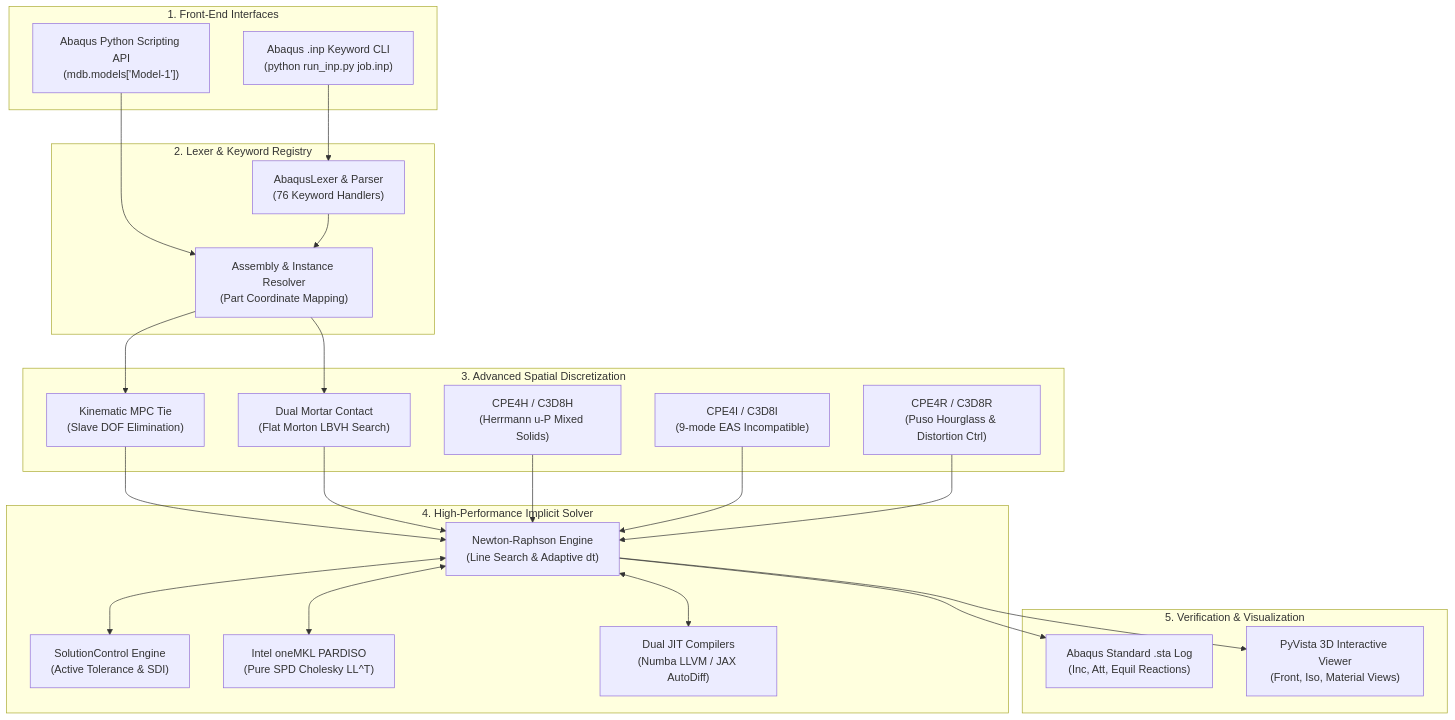
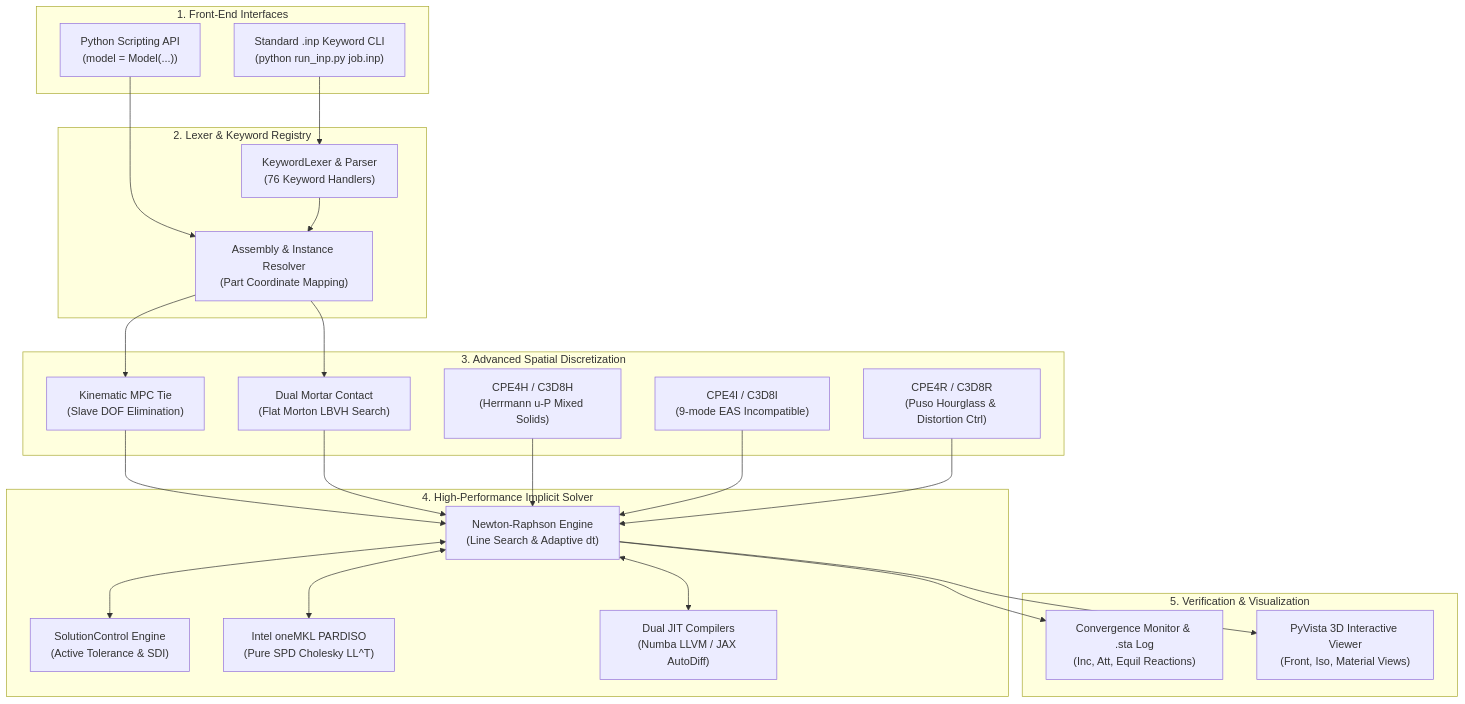
Before and after one commit to WonhoLee1/WHT_DispFoldSolver: the diagram in README.md, drawn with Mermaid. The commit also changed other lines of this file, not shown here.

Commit message:
docs: remove Abaqus terminology from README.md and neutralize into standard FEA terminology

````diff
--- a/README.md
+++ b/README.md
@@ -127,48 +127,48 @@
 ```mermaid
 flowchart TD
     subgraph UI ["1. Front-End Interfaces"]
-        API["Abaqus Python Scripting API\n(mdb.models['Model-1'])"]
-        CLI["Abaqus .inp Keyword CLI\n(python run_inp.py job.inp)"]
+        API["Python Scripting API\n(model = Model(...))"]
+        CLI["Standard .inp Keyword CLI\n(python run_inp.py job.inp)"]
     end
 
     subgraph Parser ["2. Lexer & Keyword Registry"]
-        LEX["AbaqusLexer & Parser\n(76 Keyword Handlers)"]
+        LEX["KeywordLexer & Parser\n(76 Keyword Handlers)"]
         ASM["Assembly & Instance Resolver\n(Part Coordinate Mapping)"]
     end
 
     subgraph Discretization ["3. Advanced Spatial Discretization"]
         E_UP["CPE4H / C3D8H\n(Herrmann u-P Mixed Solids)"]
         E_EAS["CPE4I / C3D8I\n(9-mode EAS Incompatible)"]
         E_RD["CPE4R / C3D8R\n(Puso Hourglass & Distortion Ctrl)"]
         TIE_MPC["Kinematic MPC Tie\n(Slave DOF Elimination)"]
         CTC_LBVH["Dual Mortar Contact\n(Flat Morton LBVH Search)"]
     end
 
     subgraph Solver ["4. High-Performance Implicit Solver"]
         NR["Newton-Raphson Engine\n(Line Search & Adaptive dt)"]
         CTRL["SolutionControl Engine\n(Active Tolerance & SDI)"]
         MKL["Intel oneMKL PARDISO\n(Pure SPD Cholesky LL^T)"]
         JIT["Dual JIT Compilers\n(Numba LLVM / JAX AutoDiff)"]
     end
 
     subgraph Post ["5. Verification & Visualization"]
-        STA["Abaqus Standard .sta Log\n(Inc, Att, Equil Reactions)"]
+        STA["Convergence Monitor & .sta Log\n(Inc, Att, Equil Reactions)"]
         PV["PyVista 3D Interactive Viewer\n(Front, Iso, Material Views)"]
     end
 
     API --> ASM
     CLI --> LEX
     LEX --> ASM
     ASM --> TIE_MPC
     ASM --> CTC_LBVH
     TIE_MPC --> NR
     CTC_LBVH --> NR
     E_UP --> NR
     E_EAS --> NR
     E_RD --> NR
     NR <--> CTRL
     NR <--> MKL
     NR <--> JIT
     NR --> STA
     NR --> PV
 ```
````
